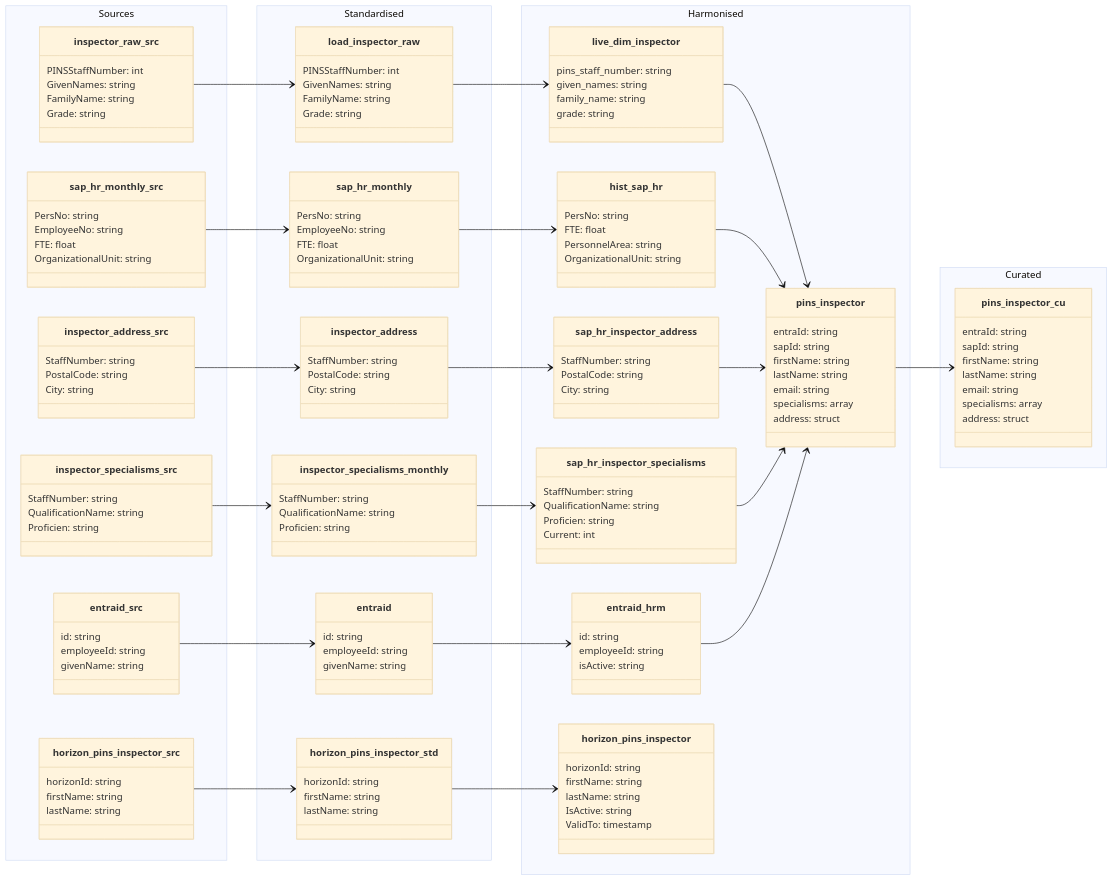
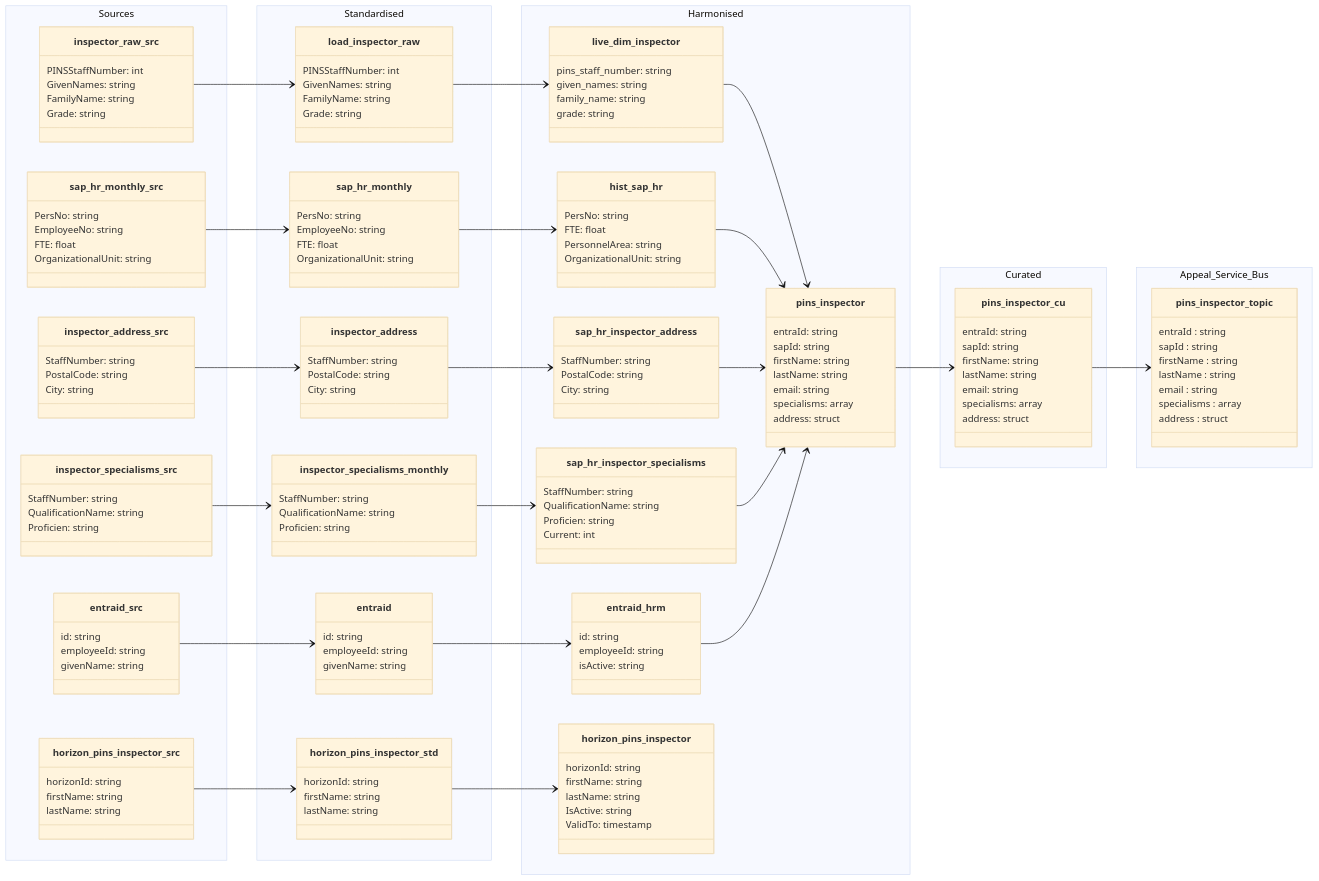
One commit to Planning-Inspectorate/odw-synapse-workspace changed the diagram in data-models/pins-inspector.md. Above: the diagram before and after it, drawn with Mermaid (base theme). The commit also changed 6 other files, not shown here.

First line of the commit message:
Feat/theodw 3281 validate, correct, and complete data flow diagrams in GitHub for entities listed in the ticket (#2621)

```diff
--- a/data-models/pins-inspector.md
+++ b/data-models/pins-inspector.md
@@ -160,6 +160,19 @@
             address: struct
         }
     }
+     namespace Appeal_Service_Bus {
+
+        class pins_inspector_topic {
+            entraId      : string
+            sapId        : string
+            firstName    : string
+            lastName     : string
+            email        : string
+            specialisms  : array
+            address      : struct
+        }
+
+      }
 
 %% SAP HR Flow
 `sap_hr_monthly_src` --> `sap_hr_monthly`
@@ -191,6 +204,9 @@
 %% Harmonised to Curated
 `pins_inspector` --> `pins_inspector_cu`
 
+%% Curated to Service Bus
+`pins_inspector_cu` --> `pins_inspector_topic`
+
 %% Horizon Flow (Separate Path)
 `horizon_pins_inspector_src` --> `horizon_pins_inspector_std`
 `horizon_pins_inspector_std` --> `horizon_pins_inspector`
```
